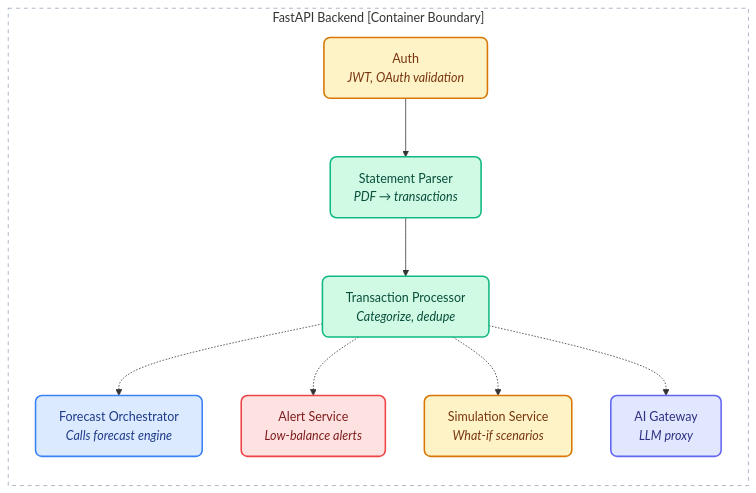
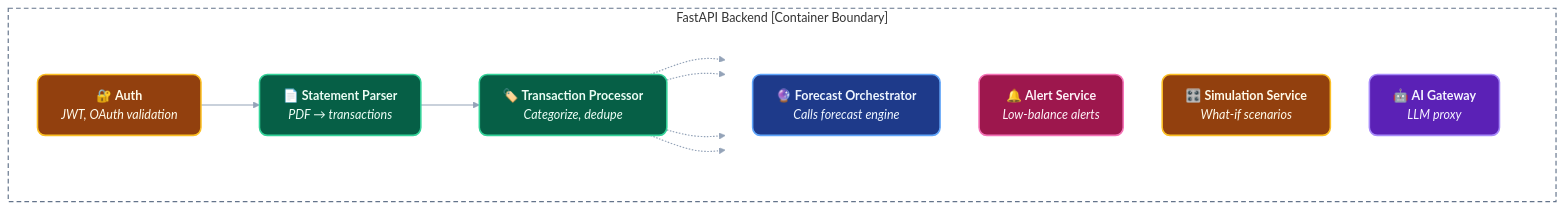
The seventh of 10 diagrams in README_3.md (ShraddhaD-07/project), drawn with Mermaid before and after one commit. The commit also changed other lines of this file, not shown here.

````diff
--- a/README_3.md
+++ b/README_3.md
@@ -366,36 +377,43 @@
 ```mermaid
 flowchart LR
     subgraph BOUNDARY["FastAPI Backend [Container Boundary]"]
-        Auth["Auth<br/><i>JWT, OAuth validation</i>"]
-        Parser["Statement Parser<br/><i>PDF → transactions</i>"]
-        Processor["Transaction Processor<br/><i>Categorize, dedupe</i>"]
-        Orchestrator["Forecast Orchestrator<br/><i>Calls forecast engine</i>"]
-        Alert["Alert Service<br/><i>Low-balance alerts</i>"]
-        Simulation["Simulation Service<br/><i>What-if scenarios</i>"]
-        Gateway["AI Gateway<br/><i>LLM proxy</i>"]
+        direction LR
+        Auth["🔐 <b>Auth</b><br/><i>JWT, OAuth validation</i>"]
+        Parser["📄 <b>Statement Parser</b><br/><i>PDF → transactions</i>"]
+        Processor["🏷️ <b>Transaction Processor</b><br/><i>Categorize, dedupe</i>"]
+
+        subgraph DOWNSTREAM[" "]
+            direction TB
+            Orchestrator["🔮 <b>Forecast Orchestrator</b><br/><i>Calls forecast engine</i>"]
+            Alert["🔔 <b>Alert Service</b><br/><i>Low-balance alerts</i>"]
+            Simulation["🎛️ <b>Simulation Service</b><br/><i>What-if scenarios</i>"]
+            Gateway["🤖 <b>AI Gateway</b><br/><i>LLM proxy</i>"]
+        end
 
         Auth --> Parser
         Parser --> Processor
         Processor -.-> Orchestrator
         Processor -.-> Alert
         Processor -.-> Simulation
         Processor -.-> Gateway
     end
 
-    classDef auth fill:#FEF3C7,stroke:#D97706,stroke-width:2px,color:#78350F,rx:8,ry:8
-    classDef parser fill:#D1FAE5,stroke:#10B981,stroke-width:2px,color:#064E3B,rx:8,ry:8
-    classDef processor fill:#D1FAE5,stroke:#10B981,stroke-width:2px,color:#064E3B,rx:8,ry:8
-    classDef orchestrator fill:#DBEAFE,stroke:#3B82F6,stroke-width:2px,color:#1E3A8A,rx:8,ry:8
-    classDef alert fill:#FEE2E2,stroke:#EF4444,stroke-width:2px,color:#7F1D1D,rx:8,ry:8
-    classDef simulation fill:#FEF3C7,stroke:#D97706,stroke-width:2px,color:#78350F,rx:8,ry:8
-    classDef gateway fill:#E0E7FF,stroke:#6366F1,stroke-width:2px,color:#312E81,rx:8,ry:8
+    classDef auth fill:#92400E,stroke:#FBBF24,stroke-width:2px,color:#FFFBEB,rx:10,ry:10
+    classDef parser fill:#065F46,stroke:#34D399,stroke-width:2px,color:#ECFDF5,rx:10,ry:10
+    classDef processor fill:#065F46,stroke:#34D399,stroke-width:2px,color:#ECFDF5,rx:10,ry:10
+    classDef orchestrator fill:#1E3A8A,stroke:#60A5FA,stroke-width:2px,color:#EFF6FF,rx:10,ry:10
+    classDef alert fill:#9D174D,stroke:#F472B6,stroke-width:2px,color:#FDF2F8,rx:10,ry:10
+    classDef simulation fill:#92400E,stroke:#FBBF24,stroke-width:2px,color:#FFFBEB,rx:10,ry:10
+    classDef gateway fill:#5B21B6,stroke:#A78BFA,stroke-width:2px,color:#F5F3FF,rx:10,ry:10
 
     class Auth auth
     class Parser parser
     class Processor processor
     class Orchestrator orchestrator
     class Alert alert
     class Simulation simulation
     class Gateway gateway
-    style BOUNDARY fill:none,stroke:#94A3B8,stroke-dasharray:5 5
+    style BOUNDARY fill:none,stroke:#64748B,stroke-width:1.5px,stroke-dasharray:6 4
+    style DOWNSTREAM fill:none,stroke:none
+    linkStyle default stroke:#94A3B8,stroke-width:1.5px
 ```
````
